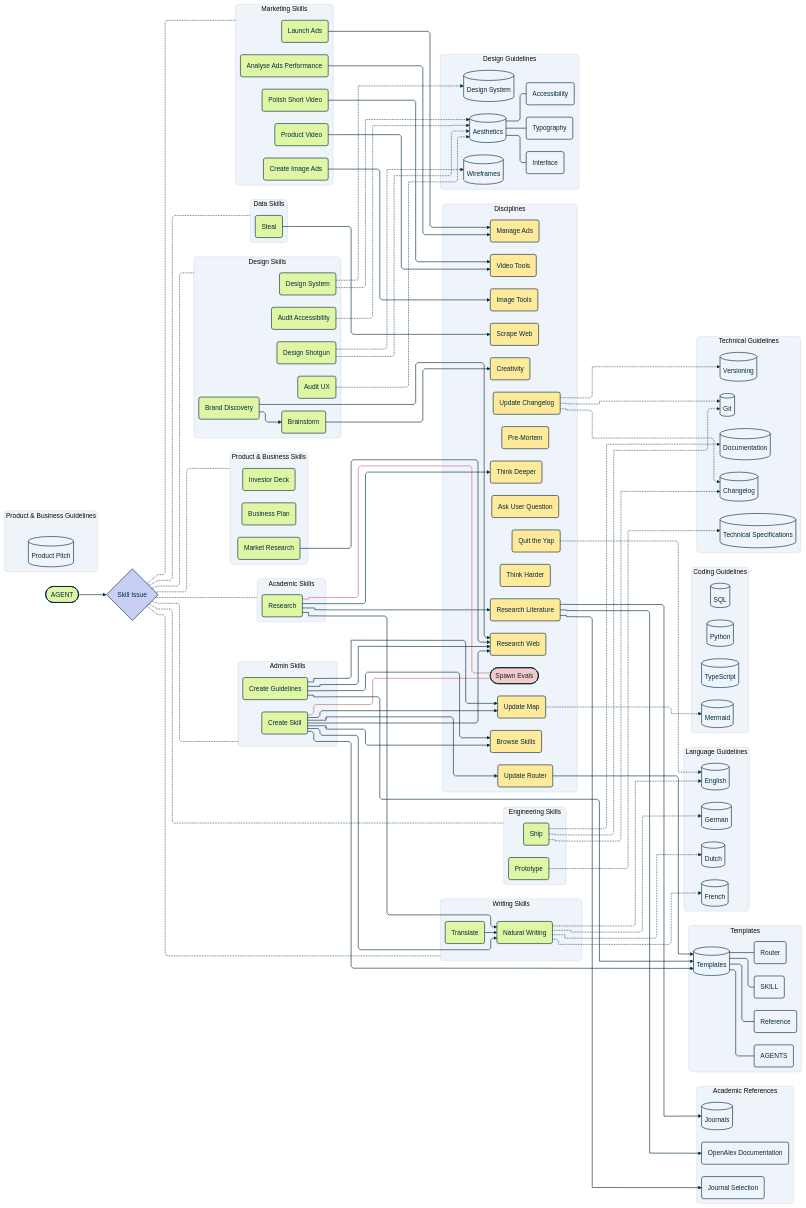
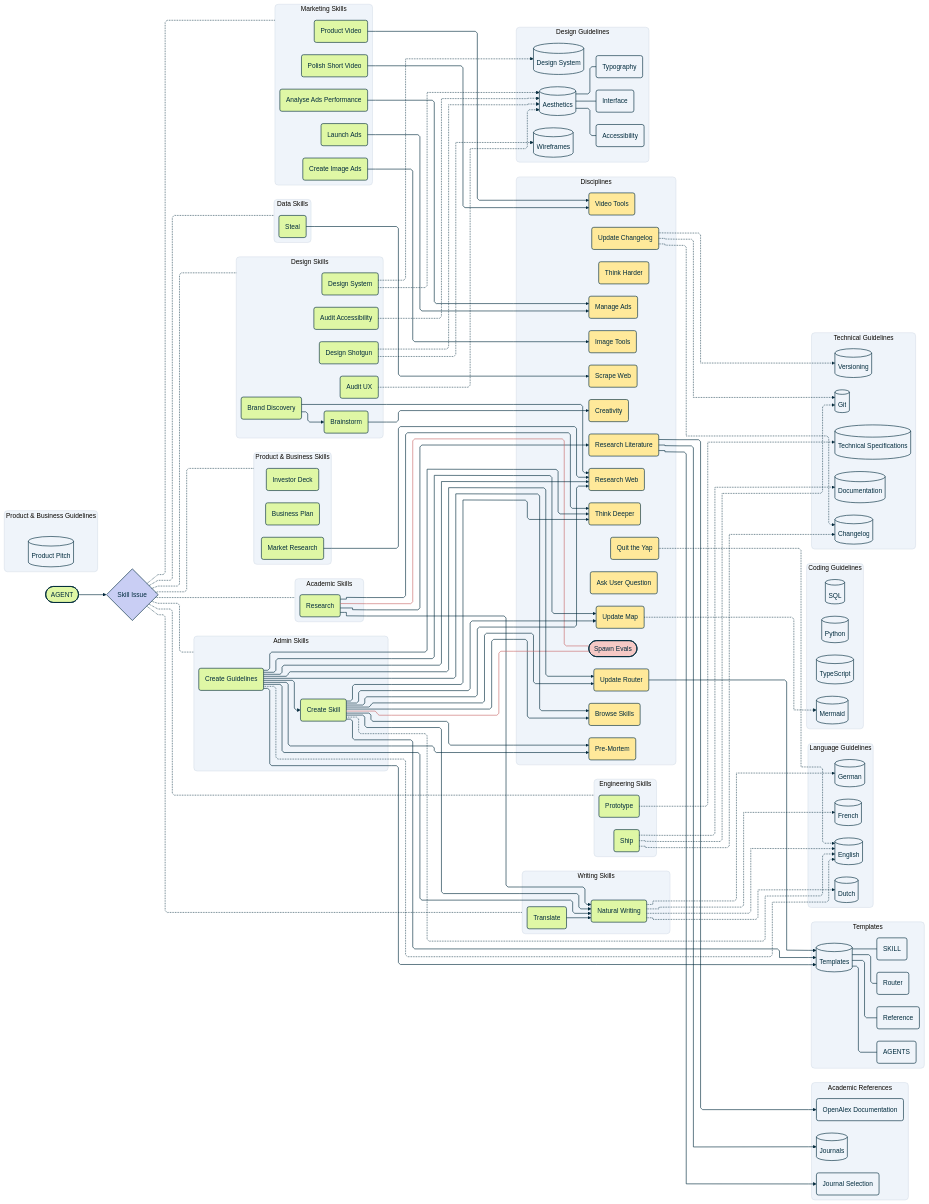
Before and after one commit to josuamittels/agent-stack: the diagram in map.mmd, drawn with Mermaid. The commit also changed 11 other files, not shown here.

```diff
--- a/map.mmd
+++ b/map.mmd
@@ -169,16 +169,25 @@
 
     create_skill --> templates
     create_skill --> natural_writing
+    create_skill -.-> english
     create_skill --> research_web
     create_skill --> browse_skills
+    create_skill --> think_deeper
+    create_skill --> pre_mortem
     create_skill --> update_map
     create_skill --> update_router
-    create_skill eval_create_skill@--- spawn_evals
+    create_skill prepare_target_eval@--- spawn_evals
     update_router --> templates
     create_guidelines --> templates
+    create_guidelines --> natural_writing
+    create_guidelines -.-> english
     create_guidelines --> research_web
     create_guidelines --> browse_skills
+    create_guidelines --> think_deeper
+    create_guidelines --> pre_mortem
+    create_guidelines --> create_skill
     create_guidelines --> update_map
+    create_guidelines --> update_router
     update_map -.-> mermaid
     update_changelog -.-> changelog
     update_changelog -.-> versioning
@@ -213,7 +222,7 @@
     classDef section rx:8px,ry:8px
     class ask_user_question,think_harder,think_deeper,pre_mortem,browse_skills,update_changelog,quit_the_yap,update_map,update_router,research_web,scrape_web,research_literature,manage_ads,creativity,image_tools,video_tools method;
     class skill_issue decision
-    class eval_create_skill,eval_research evaluation_link
+    class prepare_target_eval,eval_research evaluation_link
     class spawn_evals evaluation
     class stack entry
     class natural_writing,create_guidelines,research,translate,analyse_ads,audit_accessibility,audit_ux,brainstorm,brand_discovery,business_plan,create_image_ads,create_skill,design_shotgun,design_system,investor_deck,launch_ads,market_research,polish_video,product_video,prototype,ship,steal skill
```
